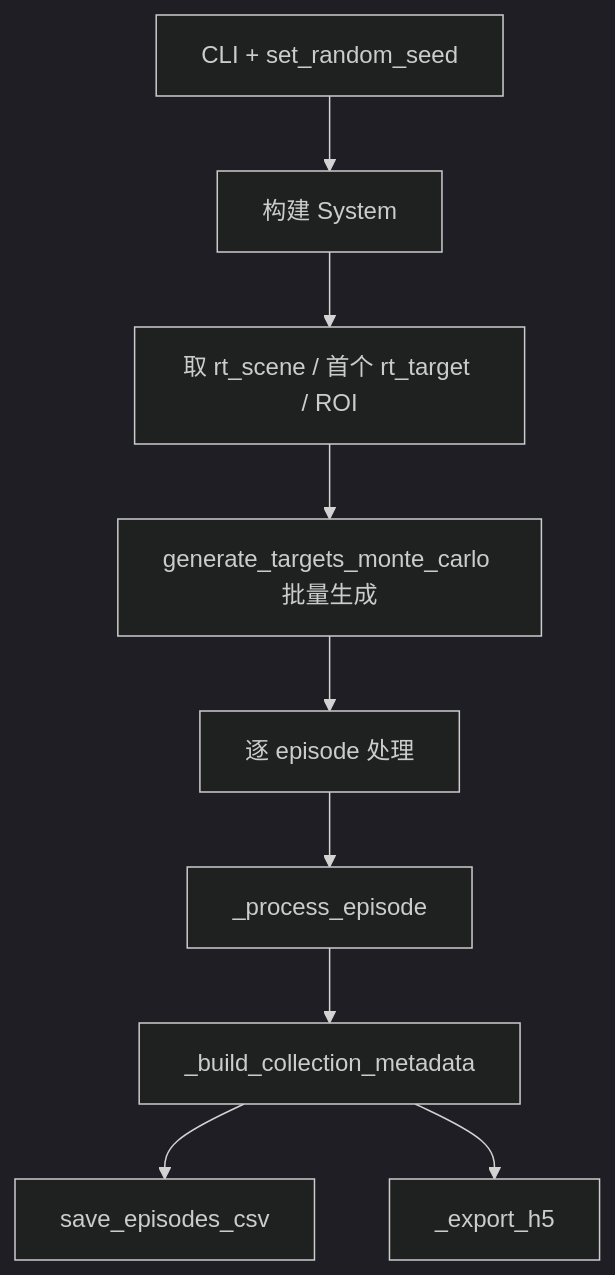
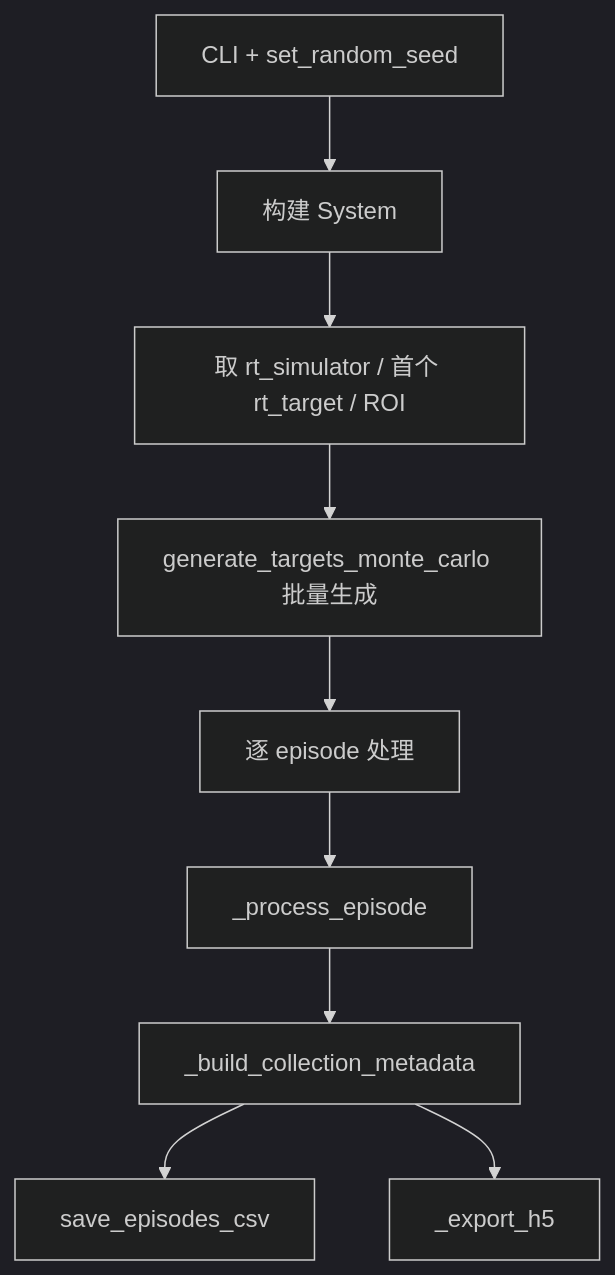
The first of 2 diagrams in docs/run_dataset_collection.md (GitLinhp/isac), drawn with Mermaid (dark theme) before and after one commit. The commit also changed other lines of this file and 35 other files, not shown here.

````diff
--- a/docs/run_dataset_collection.md
+++ b/docs/run_dataset_collection.md
@@ -44,11 +44,11 @@
 ```mermaid
 flowchart TD
     start[CLI + set_random_seed] --> buildSys[构建 System]
-    buildSys --> prepScene[取 rt_scene / 首个 rt_target / ROI]
+    buildSys --> prepScene[取 rt_simulator / 首个 rt_target / ROI]
     prepScene --> mcBatch[generate_targets_monte_carlo 批量生成]
     mcBatch --> loopPlain[逐 episode 处理]
     loopPlain --> processEp[_process_episode]
     processEp --> meta[_build_collection_metadata]
     meta --> csv[save_episodes_csv]
     meta --> h5[_export_h5]
 ```
````
